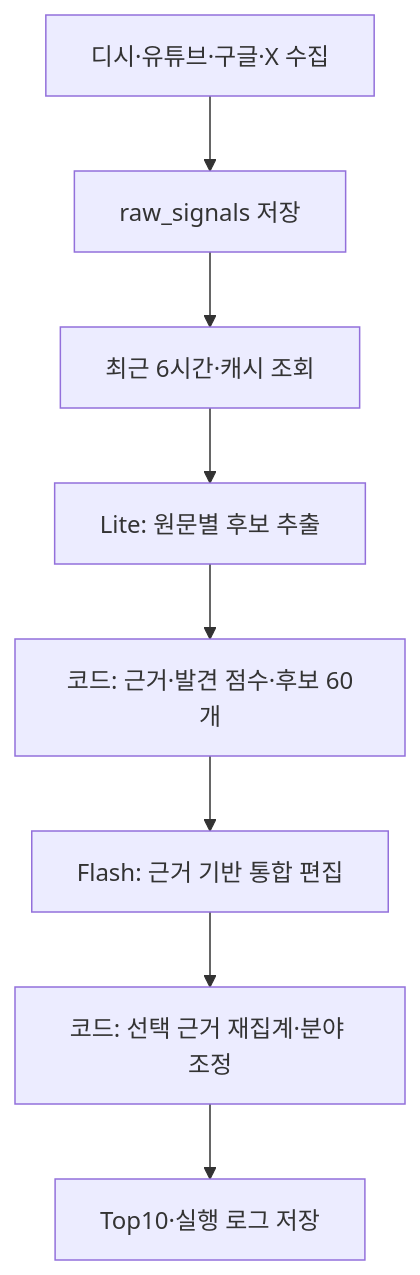
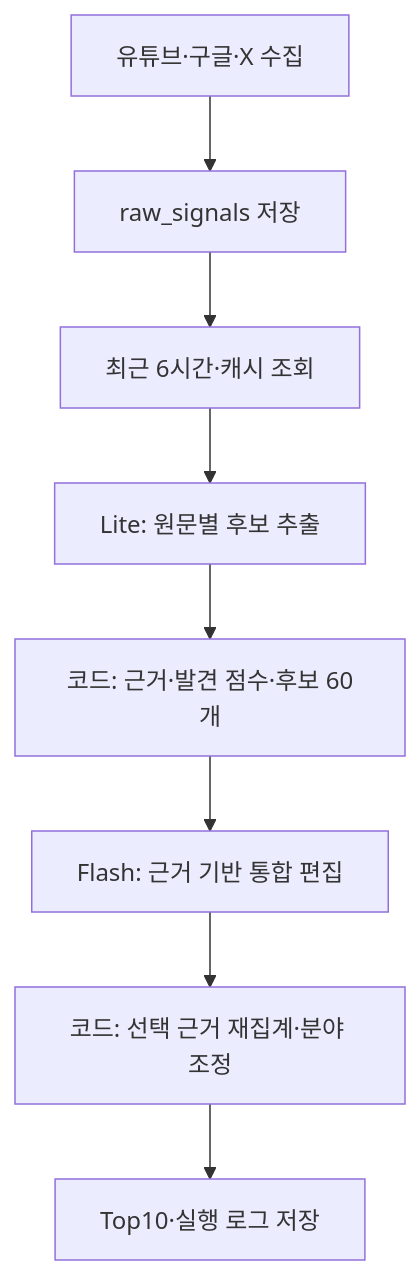
Before and after one commit to trend-drop-team/TrendDrop: the diagram in pipeline/PIPELINE.md, drawn with Mermaid. The commit also changed other lines of this file and 15 other files, not shown here.

````diff
--- a/pipeline/PIPELINE.md
+++ b/pipeline/PIPELINE.md
@@ -11,10 +89,10 @@
 ```mermaid
 flowchart TD
-    A["디시·유튜브·구글·X 수집"] --> B["raw_signals 저장"]
+    A["유튜브·구글·X 수집"] --> B["raw_signals 저장"]
     B --> C["최근 6시간·캐시 조회"]
     C --> D["Lite: 원문별 후보 추출"]
     D --> E["코드: 근거·발견 점수·후보 60개"]
     E --> F["Flash: 근거 기반 통합 편집"]
     F --> G["코드: 선택 근거 재집계·분야 조정"]
     G --> H["Top10·실행 로그 저장"]
 ```
````
